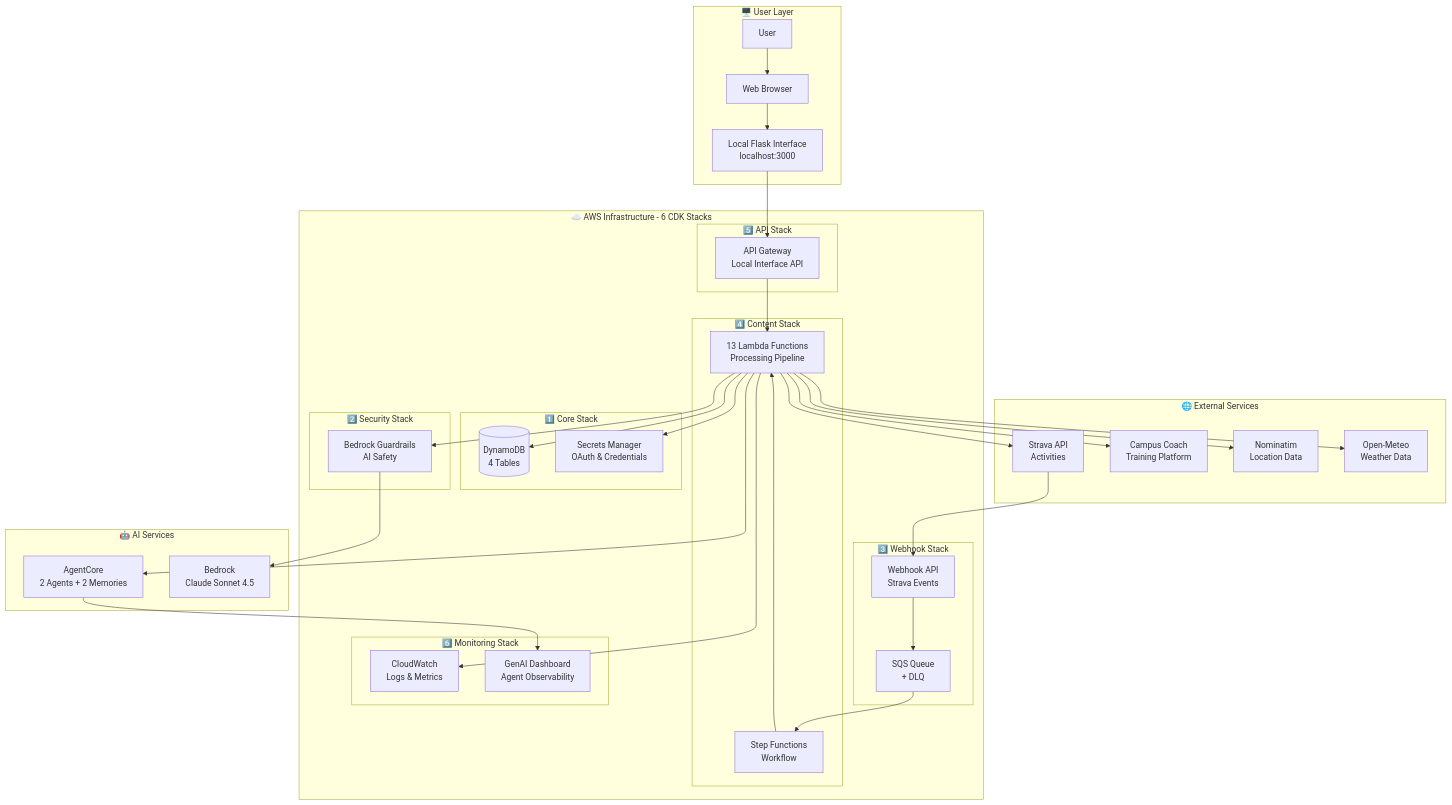
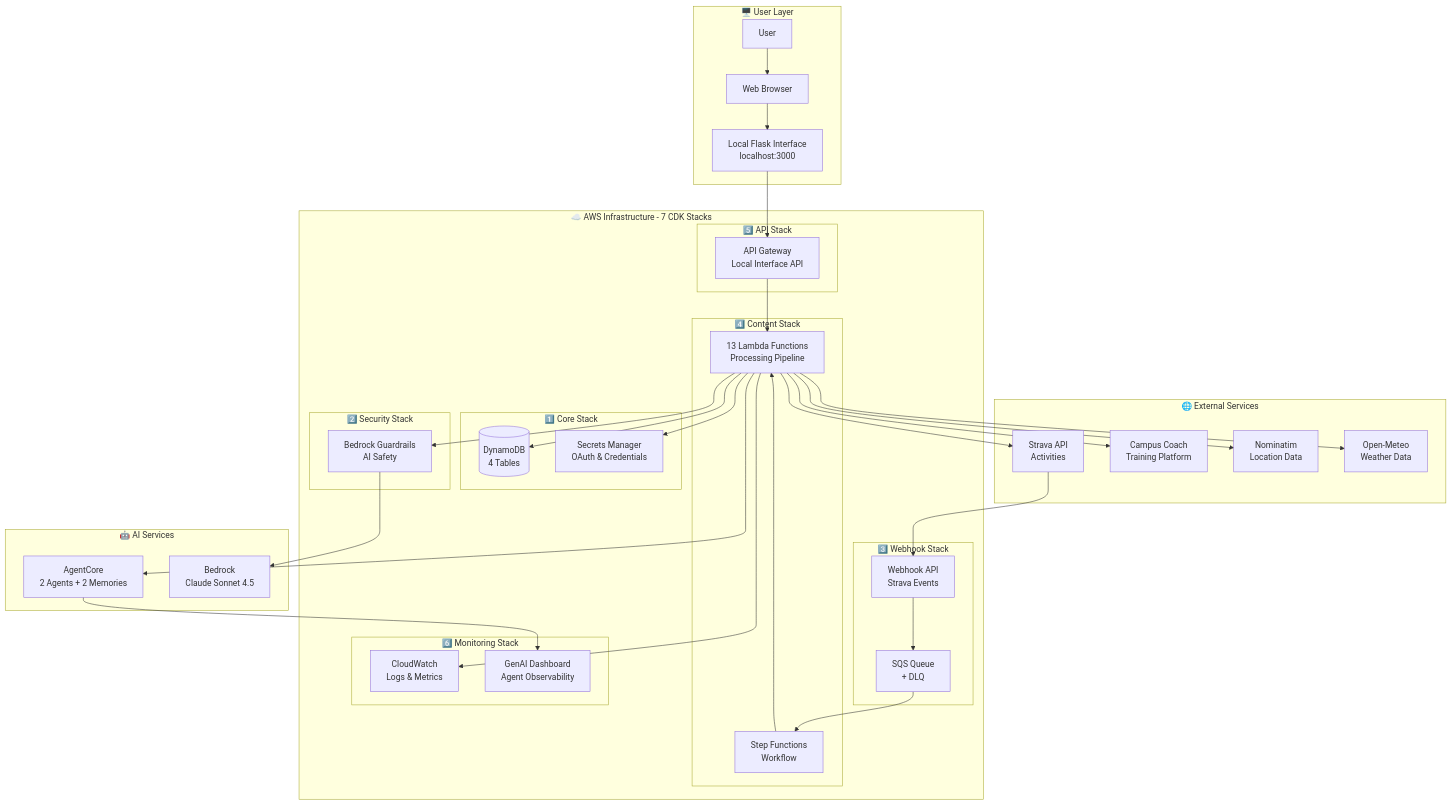
The first of 4 diagrams in README.md (el-pedrito/strava-ai-boost), drawn with Mermaid before and after one commit. The commit also changed 2 other files, not shown here.

Commit message:
fix: correct stack count in docs and remove dead .agents/summary references

````diff
--- a/README.md
+++ b/README.md
@@ -192,73 +192,73 @@
 ```mermaid
 graph TB
     subgraph "🖥️ User Layer"
         User[User]
         Browser[Web Browser]
         LocalUI[Local Flask Interface<br/>localhost:3000]
     end
     
-    subgraph "☁️ AWS Infrastructure - 6 CDK Stacks"
+    subgraph "☁️ AWS Infrastructure - 7 CDK Stacks"
         subgraph "1️⃣ Core Stack"
             DDB[(DynamoDB<br/>4 Tables)]
             Secrets[Secrets Manager<br/>OAuth & Credentials]
         end
         
         subgraph "2️⃣ Security Stack"
             Guardrails[Bedrock Guardrails<br/>AI Safety]
         end
         
         subgraph "3️⃣ Webhook Stack"
             WebhookAPI[Webhook API<br/>Strava Events]
             SQS[SQS Queue<br/>+ DLQ]
         end
         
         subgraph "4️⃣ Content Stack"
             SF[Step Functions<br/>Workflow]
             Lambda13[13 Lambda Functions<br/>Processing Pipeline]
         end
         
         subgraph "5️⃣ API Stack"
             APIGW[API Gateway<br/>Local Interface API]
         end
         
         subgraph "6️⃣ Monitoring Stack"
             CW[CloudWatch<br/>Logs & Metrics]
             GenAI[GenAI Dashboard<br/>Agent Observability]
         end
     end
     
     subgraph "🤖 AI Services"
         AgentCore[AgentCore<br/>2 Agents + 2 Memories]
         Bedrock[Bedrock<br/>Claude Sonnet 4.5]
     end
     
     subgraph "🌐 External Services"
         Strava[Strava API<br/>Activities]
         Campus[Campus Coach<br/>Training Platform]
         Nominatim[Nominatim<br/>Location Data]
         OpenMeteo[Open-Meteo<br/>Weather Data]
     end
     
     User --> Browser
     Browser --> LocalUI
     LocalUI --> APIGW
     APIGW --> Lambda13
     Lambda13 --> DDB
     Lambda13 --> Secrets
     
     Strava --> WebhookAPI
     WebhookAPI --> SQS
     SQS --> SF
     SF --> Lambda13
     
     Lambda13 --> Guardrails
     Guardrails --> Bedrock
     Lambda13 --> AgentCore
     Lambda13 --> Strava
     Lambda13 --> Campus
     Lambda13 --> Nominatim
     Lambda13 --> OpenMeteo
     
     AgentCore --> GenAI
     Lambda13 --> CW
 ```
````
